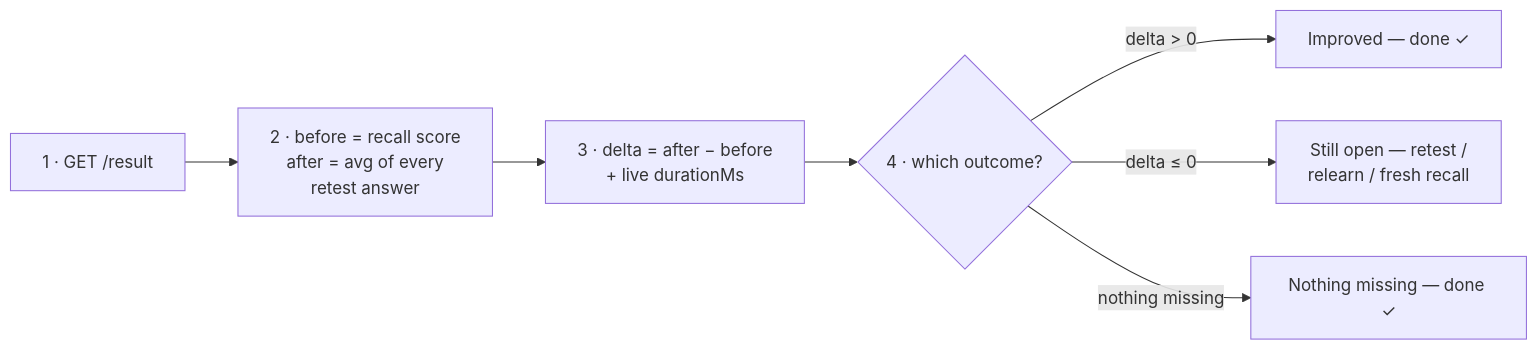
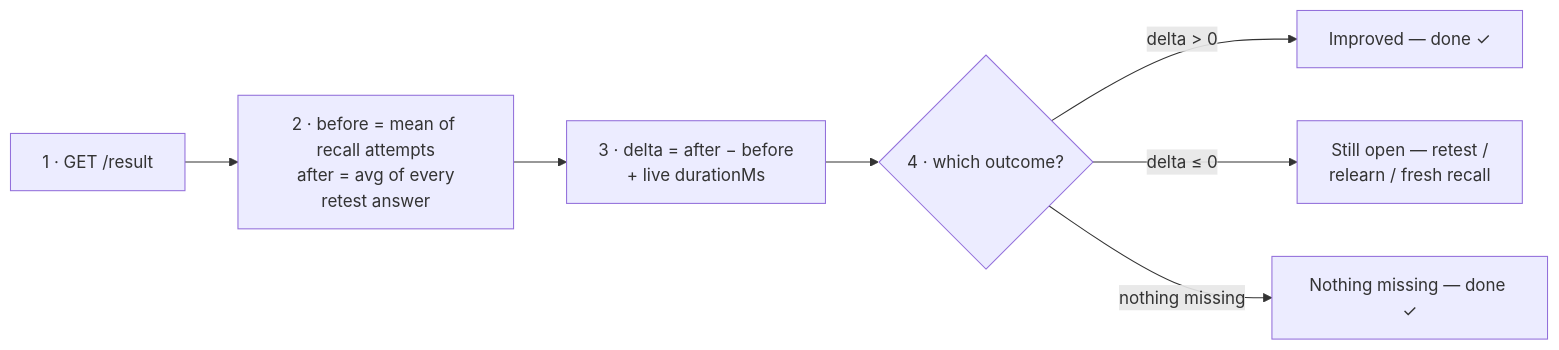
Before and after one commit to redwivision/Kiftet: diagram 11 of 16 in docs/howItWorks/dataflow.md, drawn with Mermaid. The commit also changed other lines of this file and 25 other files, not shown here.

````diff
--- a/docs/howItWorks/dataflow.md
+++ b/docs/howItWorks/dataflow.md
@@ -390,9 +425,9 @@
 ```mermaid
 flowchart LR
-  A["1 · GET /result"] --> B["2 · before = recall score<br/>after = avg of every<br/>retest answer"]
+  A["1 · GET /result"] --> B["2 · before = mean of recall attempts<br/>after = avg of every<br/>retest answer"]
   B --> C["3 · delta = after − before<br/>+ live durationMs"]
   C --> D{"4 · which outcome?"}
   D -->|"delta > 0"| E["Improved — done ✓"]
   D -->|"delta ≤ 0"| F["Still open — retest /<br/>relearn / fresh recall"]
   D -->|"nothing missing"| G["Nothing missing — done ✓"]
 ```
````
